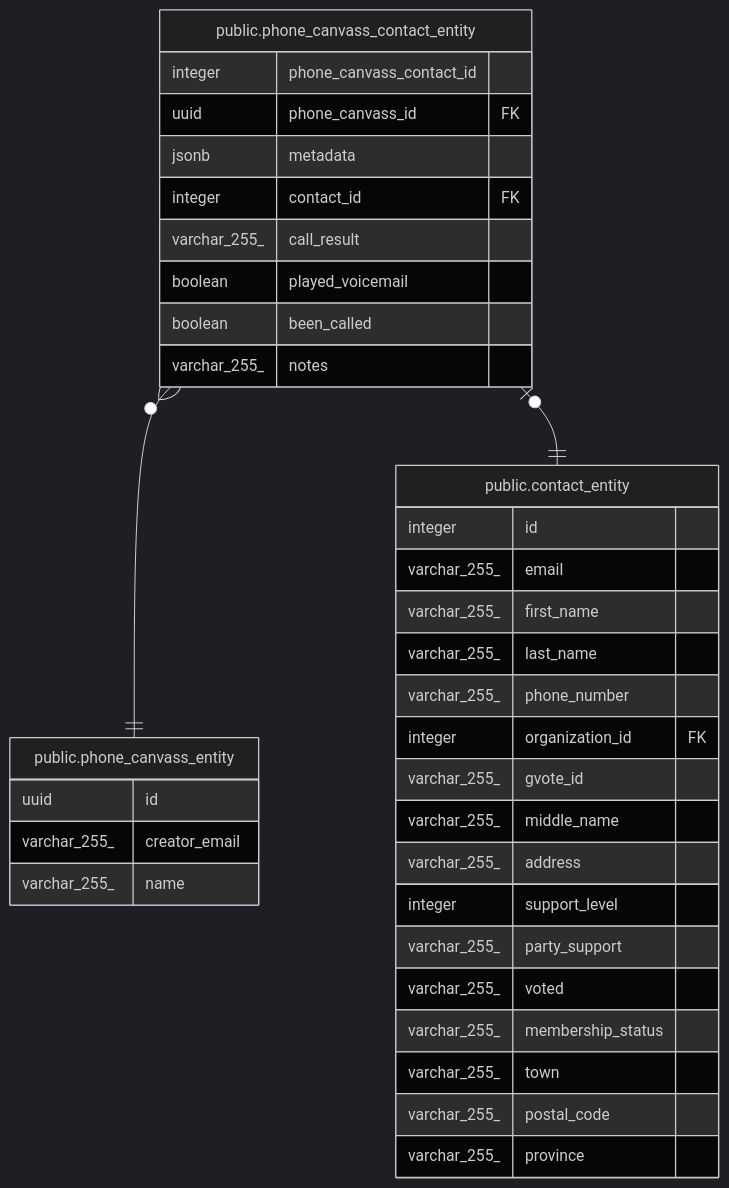
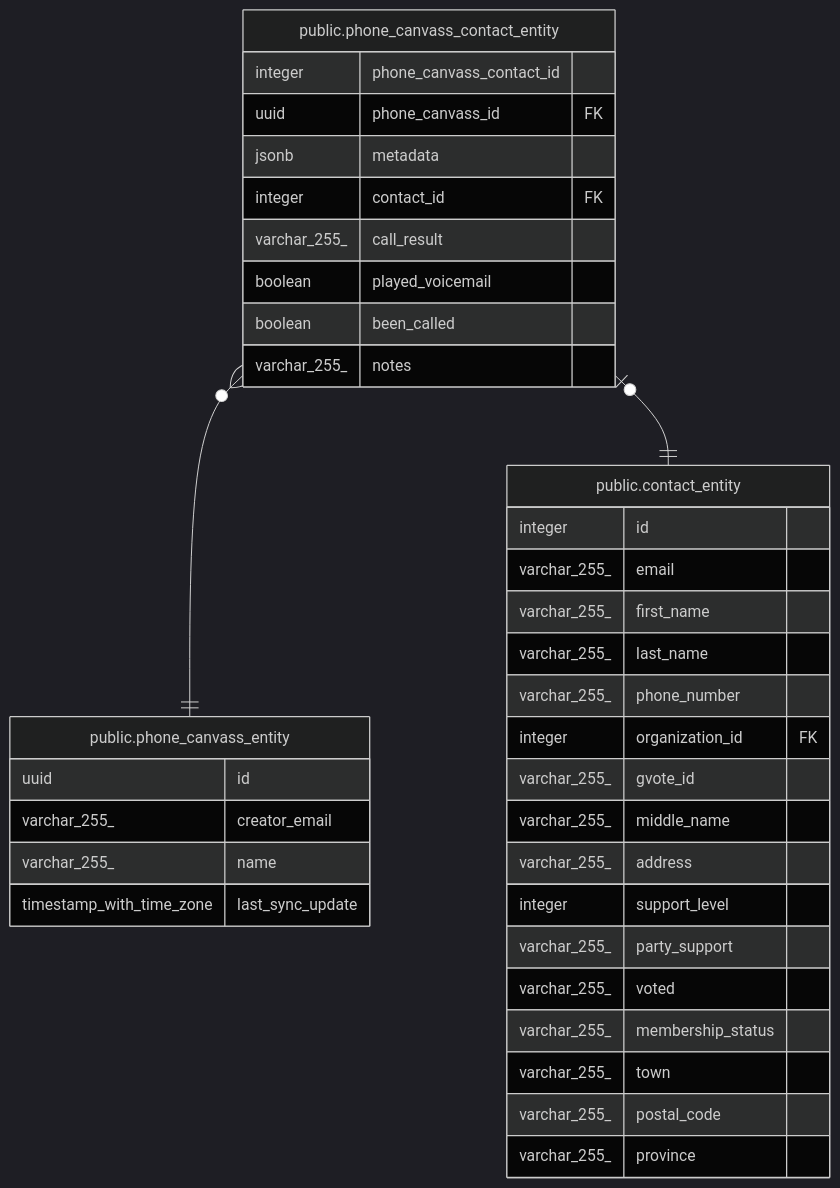
One commit to gpo/grassroots changed the diagram in doc/schema/public.phone_canvass_contact_entity.md. Above: the diagram before and after it, drawn with Mermaid (dark theme). The commit also changed 32 other files, not shown here.

````diff
--- a/doc/schema/public.phone_canvass_contact_entity.md
+++ b/doc/schema/public.phone_canvass_contact_entity.md
@@ -43,40 +43,41 @@
 ```mermaid
 erDiagram
 
 "public.phone_canvass_contact_entity" }o--|| "public.phone_canvass_entity" : ""
 "public.phone_canvass_contact_entity" |o--|| "public.contact_entity" : ""
 
 "public.phone_canvass_contact_entity" {
   integer phone_canvass_contact_id
   uuid phone_canvass_id FK
   jsonb metadata
   integer contact_id FK
   varchar_255_ call_result
   boolean played_voicemail
   boolean been_called
   varchar_255_ notes
 }
 "public.phone_canvass_entity" {
   uuid id
   varchar_255_ creator_email
   varchar_255_ name
+  timestamp_with_time_zone last_sync_update
 }
 "public.contact_entity" {
   integer id
   varchar_255_ email
   varchar_255_ first_name
   varchar_255_ last_name
   varchar_255_ phone_number
   integer organization_id FK
   varchar_255_ gvote_id
   varchar_255_ middle_name
   varchar_255_ address
   integer support_level
   varchar_255_ party_support
   varchar_255_ voted
   varchar_255_ membership_status
   varchar_255_ town
   varchar_255_ postal_code
   varchar_255_ province
 }
 ```
````
